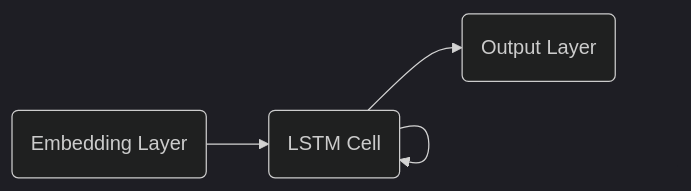
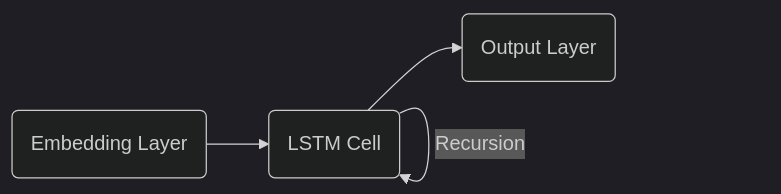
One commit to eisenjulian/nlp_estimator_tutorial changed the second of 2 diagrams in blog.md. Above: the diagram before and after it, drawn with Mermaid (dark theme). The commit also changed other lines of this file, not shown here.

Commit message:
Uploaded by https://stackedit.io/

````diff
--- a/blog.md
+++ b/blog.md
@@ -210,6 +210,6 @@
 ```mermaid
 graph LR
     id1(Embedding Layer) --> id2(LSTM Cell) 
-    id2 --> id2
-    id2 --> id7(Output Layer)
+    id2 -->|Recursion| id2
+    id2 --> id3(Output Layer)
 ```
````
